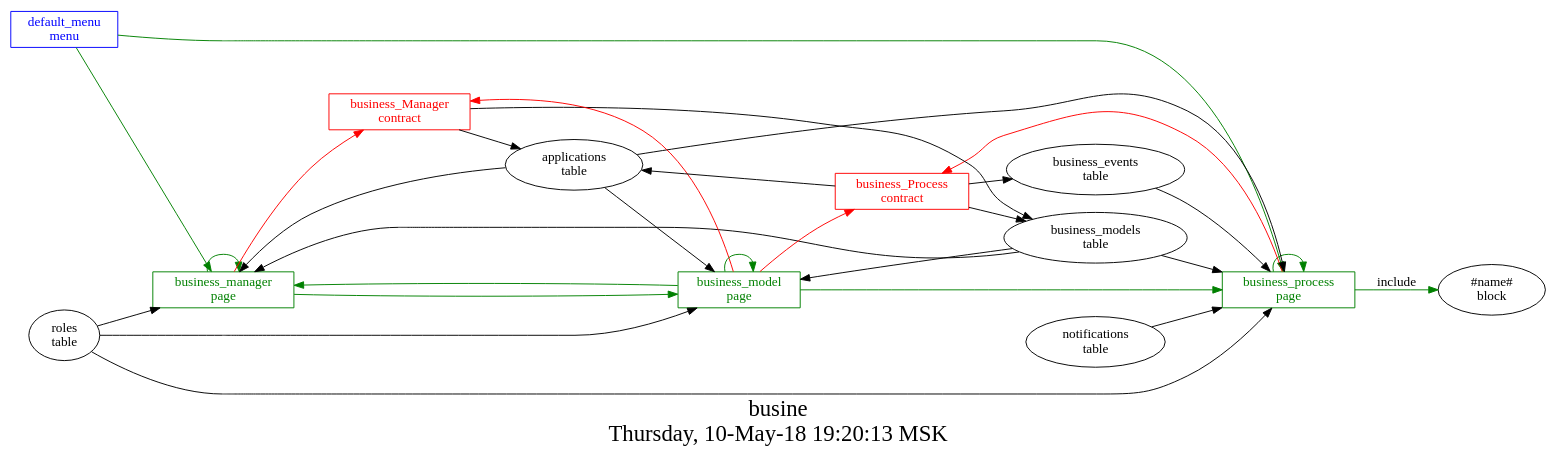
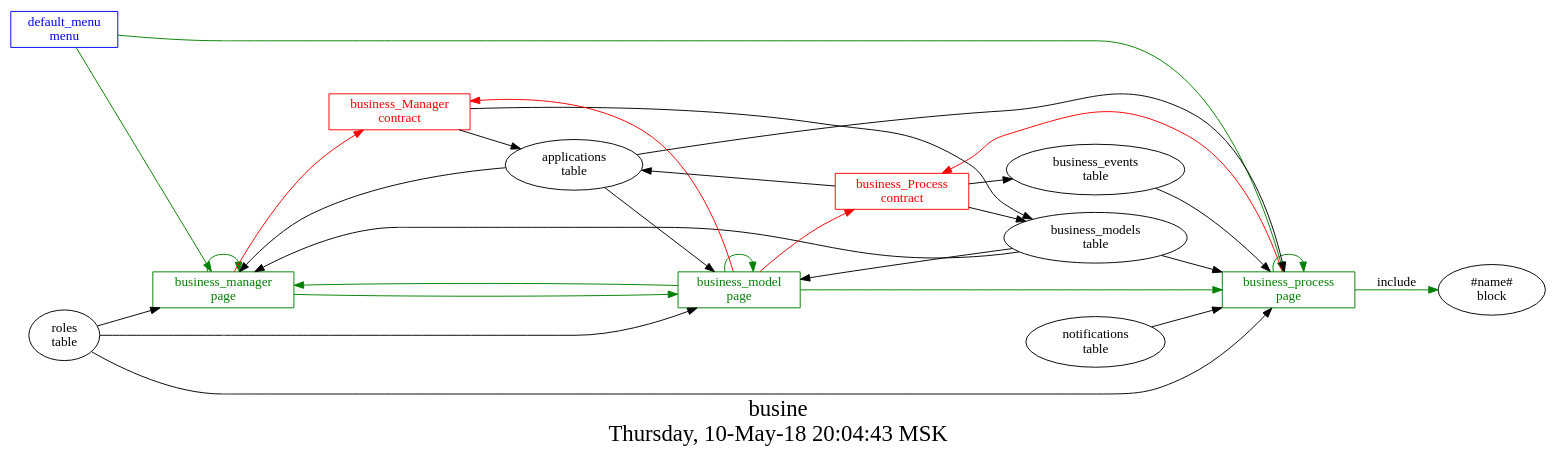
Before and after one commit to AplaProject/apps: the diagram in src/business/struct.dot, drawn with Graphviz. The commit also changed 2 other files, not shown here.

```diff
--- a/src/business/struct.dot
+++ b/src/business/struct.dot
@@ -1,47 +1,47 @@
 digraph G {
 graph [
   fontsize="24";
-  label="busine\nThursday, 10-May-18 19:20:13 MSK";
+  label="busine\nThursday, 10-May-18 20:04:43 MSK";
   nojustify=true;
   ordering=out;
   rankdir=LR;
   size="30";
 ];
 "default_menu\nmenu" -> "business_manager\npage"  [ color=green ]
 "default_menu\nmenu" -> "business_process\npage"  [ color=green ]
 "default_menu\nmenu" [color=blue, fontcolor=blue, group=menus, shape=record];
 "business_manager\npage" -> "business_Manager\ncontract"  [ color=red ]
 "applications\ntable" -> "business_manager\npage"  [ color="" ]
 "roles\ntable" -> "business_manager\npage"  [ color="" ]
 "business_models\ntable" -> "business_manager\npage"  [ color="" ]
 "business_manager\npage" -> "business_model\npage"  [ color=green ]
 "business_manager\npage" -> "business_manager\npage"  [ color=green ]
 "business_manager\npage" [color=green, fontcolor=green, group=pages, shape=record];
 "business_model\npage" -> "business_Process\ncontract"  [ color=red ]
 "business_model\npage" -> "business_Manager\ncontract"  [ color=red ]
 "applications\ntable" -> "business_model\npage"  [ color="" ]
 "business_models\ntable" -> "business_model\npage"  [ color="" ]
 "roles\ntable" -> "business_model\npage"  [ color="" ]
 "business_model\npage" -> "business_manager\npage"  [ color=green ]
 "business_model\npage" -> "business_process\npage"  [ color=green ]
 "business_model\npage" -> "business_model\npage"  [ color=green ]
 "business_model\npage" [color=green, fontcolor=green, group=pages, shape=record];
 "business_process\npage" -> "business_Process\ncontract"  [ color=red ]
 "applications\ntable" -> "business_process\npage"  [ color="" ]
 "notifications\ntable" -> "business_process\npage"  [ color="" ]
 "business_models\ntable" -> "business_process\npage"  [ color="" ]
 "roles\ntable" -> "business_process\npage"  [ color="" ]
 "business_events\ntable" -> "business_process\npage"  [ color="" ]
 "business_process\npage" -> "business_process\npage"  [ color=green ]
 "business_process\npage" -> "#name#\nblock"  [ color=green, label=include ]
 "business_process\npage" [color=green, fontcolor=green, group=pages, shape=record];
 "business_Manager\ncontract" -> "applications\ntable"  [ color="" ]
 "business_Manager\ncontract" -> "business_models\ntable"  [ color="" ]
 "business_Manager\ncontract" [color=red, fontcolor=red, group=contracts, shape=record];
 "business_Process\ncontract" -> "applications\ntable"  [ color="" ]
 "business_Process\ncontract" -> "business_events\ntable"  [ color="" ]
 "business_Process\ncontract" -> "business_models\ntable"  [ color="" ]
 "business_Process\ncontract" [color=red, fontcolor=red, group=contracts, shape=record];
 "business_events\ntable" [color="", fontcolor="", group=tables, shape=""];
 "business_models\ntable" [color="", fontcolor="", group=tables, shape=""];
 }
```
